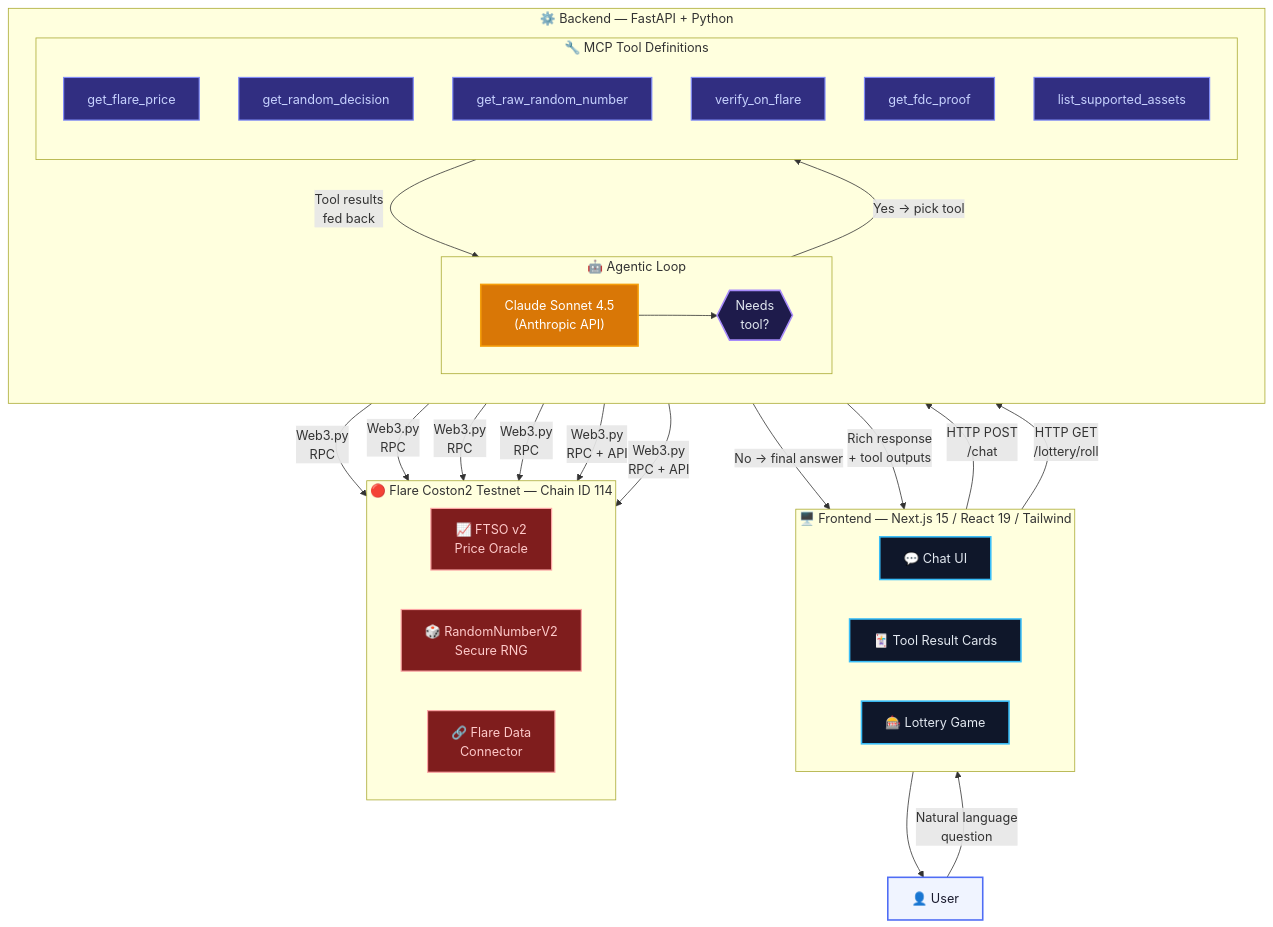
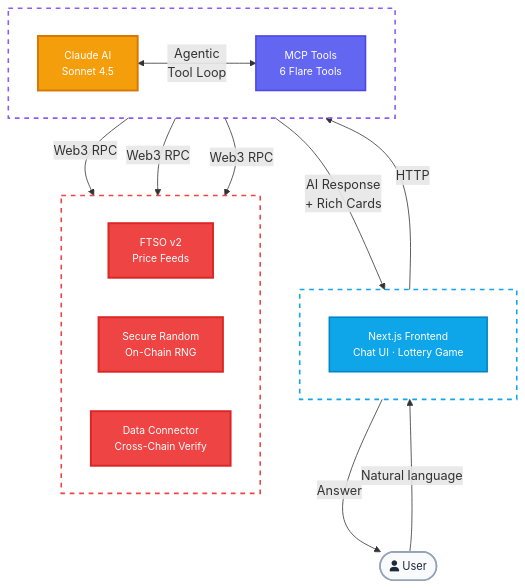
One commit to Samzmc/Flare-Defi-Agent changed the diagram in architecture.md. Above: the diagram before and after it, drawn with Mermaid. The commit also changed other lines of this file and 3 other files, not shown here.

````diff
--- a/architecture.md
+++ b/architecture.md
@@ -5,69 +3,42 @@
 ```mermaid
 graph TB
-    %% ── Styling ──
-    classDef user fill:#f0f4ff,stroke:#4f6df5,stroke-width:2px,color:#1a1a2e
-    classDef frontend fill:#0f172a,stroke:#38bdf8,stroke-width:2px,color:#e2e8f0
-    classDef backend fill:#1e1b4b,stroke:#a78bfa,stroke-width:2px,color:#e2e8f0
-    classDef claude fill:#d97706,stroke:#f59e0b,stroke-width:2px,color:#fff
-    classDef tools fill:#312e81,stroke:#818cf8,stroke-width:1.5px,color:#c7d2fe
-    classDef flare fill:#dc2626,stroke:#f87171,stroke-width:2px,color:#fff
-    classDef protocol fill:#7f1d1d,stroke:#fca5a5,stroke-width:1.5px,color:#fecaca
+    classDef userClass fill:#f8fafc,stroke:#94a3b8,stroke-width:2px,color:#1e293b,font-size:14px
+    classDef frontClass fill:#0ea5e9,stroke:#0284c7,stroke-width:2px,color:#fff,font-size:13px
+    classDef backClass fill:#8b5cf6,stroke:#7c3aed,stroke-width:2px,color:#fff,font-size:13px
+    classDef aiClass fill:#f59e0b,stroke:#d97706,stroke-width:2.5px,color:#fff,font-size:13px
+    classDef mcpClass fill:#6366f1,stroke:#4f46e5,stroke-width:2px,color:#fff,font-size:13px
+    classDef chainClass fill:#ef4444,stroke:#dc2626,stroke-width:2.5px,color:#fff,font-size:13px
 
-    %% ── User ──
-    USER["👤 User"]:::user
+    USER(["fa:fa-user  User"]):::userClass
 
-    %% ── Frontend ──
-    subgraph FRONT["🖥️ Frontend — Next.js 15 / React 19 / Tailwind"]
+    subgraph FE [" "]
         direction LR
-        CHAT["💬 Chat UI"]:::frontend
-        CARDS["🃏 Tool Result Cards"]:::frontend
-        LOTTERY["🎰 Lottery Game"]:::frontend
+        FRONTEND["Next.js Frontend<br/>Chat UI  &middot;  Lottery Game"]:::frontClass
     end
 
-    %% ── Backend ──
-    subgraph BACK["⚙️ Backend — FastAPI + Python"]
-        direction TB
-
-        subgraph AGENT["🤖 Agentic Loop"]
-            direction LR
-            CLAUDE["Claude Sonnet 4.5\n(Anthropic API)"]:::claude
-            DECIDE{{"Needs\ntool?"}}:::backend
-        end
-
-        subgraph MCP["🔧 MCP Tool Definitions"]
-            direction TB
-            T1["get_flare_price"]:::tools
-            T2["get_random_decision"]:::tools
-            T3["get_raw_random_number"]:::tools
-            T4["verify_on_flare"]:::tools
-            T5["get_fdc_proof"]:::tools
-            T6["list_supported_assets"]:::tools
-        end
+    subgraph BE [" "]
+        direction LR
+        CLAUDE["Claude AI<br/>Sonnet 4.5"]:::aiClass
+        MCP["MCP Tools<br/>6 Flare Tools"]:::mcpClass
     end
 
-    %% ── Flare Blockchain ──
-    subgraph FLARE["🔴 Flare Coston2 Testnet — Chain ID 114"]
+    subgraph CHAIN [" "]
         direction LR
-        FTSO["📈 FTSO v2\nPrice Oracle"]:::protocol
-        RNG["🎲 RandomNumberV2\nSecure RNG"]:::protocol
-        FDC["🔗 Flare Data\nConnector"]:::protocol
+        FTSO["FTSO v2<br/>Price Feeds"]:::chainClass
+        RNG["Secure Random<br/>On-Chain RNG"]:::chainClass
+        FDC["Data Connector<br/>Cross-Chain Verify"]:::chainClass
     end
 
-    %% ── Connections ──
-    USER -- "Natural language\nquestion" --> CHAT
-    CHAT -- "HTTP POST\n/chat" --> CLAUDE
-    LOTTERY -- "HTTP GET\n/lottery/roll" --> T3
+    USER -- "Natural language" --> FRONTEND
+    FRONTEND -- "HTTP" --> CLAUDE
+    CLAUDE <-- "Agentic<br/>Tool Loop" --> MCP
+    MCP -- "Web3 RPC" --> FTSO
+    MCP -- "Web3 RPC" --> RNG
+    MCP -- "Web3 RPC" --> FDC
+    CLAUDE -- "AI Response<br/>+ Rich Cards" --> FRONTEND
+    FRONTEND -- "Answer" --> USER
 
-    CLAUDE --> DECIDE
-    DECIDE -- "Yes → pick tool" --> MCP
-    DECIDE -- "No → final answer" --> CHAT
-
-    MCP -- "Tool results\nfed back" --> CLAUDE
-
-    T1 & T6 -- "Web3.py\nRPC" --> FTSO
-    T2 & T3 -- "Web3.py\nRPC" --> RNG
-    T4 & T5 -- "Web3.py\nRPC + API" --> FDC
-
-    CLAUDE -- "Rich response\n+ tool outputs" --> CARDS
-    CARDS --> USER
+    style FE fill:none,stroke:#0ea5e9,stroke-width:2px,stroke-dasharray:6,color:#0ea5e9
+    style BE fill:none,stroke:#8b5cf6,stroke-width:2px,stroke-dasharray:6,color:#8b5cf6
+    style CHAIN fill:none,stroke:#ef4444,stroke-width:2px,stroke-dasharray:6,color:#ef4444
 ```
````
